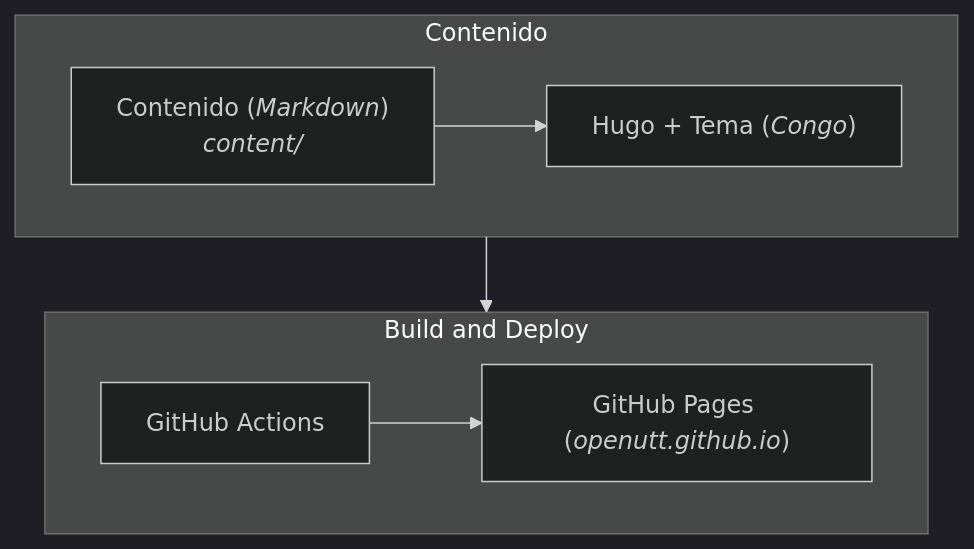
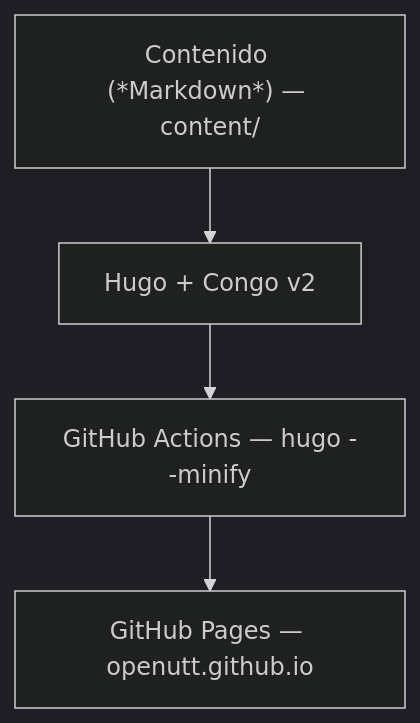
One commit to openutt/openutt.github.io changed the diagram in README.md. Above: the diagram before and after it, drawn with Mermaid (dark theme). The commit also changed other lines of this file, not shown here.

````diff
--- a/README.md
+++ b/README.md
@@ -19,12 +40,6 @@
 ```mermaid
 graph TD
-    subgraph Contenido
-        direction LR
-        Content["`Contenido (*Markdown*)<br>*content/* `"] --> Hugo["`Hugo + Tema (*Congo*)`"]
-    end
-    subgraph Build and Deploy
-        direction LR
-        Hugo --> GitHubActions[GitHub Actions]
-        GitHubActions --> GitHubPages["`GitHub Pages (*openutt.github.io*)`"]
-    end
+    Content["Contenido (*Markdown*) — content/"] --> Hugo["Hugo + Congo v2"]
+    Hugo --> Actions["GitHub Actions — hugo --minify"]
+    Actions --> Pages["GitHub Pages — openutt.github.io"]
 ```
````
